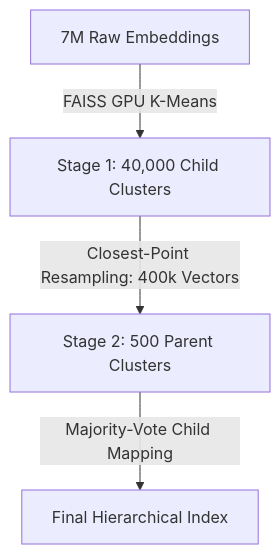
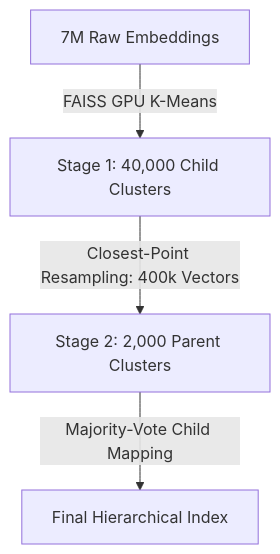
Before and after one commit to ananthu-aniraj/geo-rag: the diagram in docs/blueprints/representation_clustering_blueprint.md, drawn with Mermaid. The commit also changed other lines of this file and 1 other file, not shown here.

Commit message:
update clustering docs and blueprint to reflect k // 20 parent ratio

````diff
--- a/docs/blueprints/representation_clustering_blueprint.md
+++ b/docs/blueprints/representation_clustering_blueprint.md
@@ -17,6 +17,6 @@
 ```mermaid
 graph TD
     A[ 7M Raw Embeddings ] -->|FAISS GPU K-Means| B[ Stage 1: 40,000 Child Clusters ]
-    B -->|Closest-Point Resampling: 400k Vectors| C[ Stage 2: 500 Parent Clusters ]
+    B -->|Closest-Point Resampling: 400k Vectors| C[ Stage 2: 2,000 Parent Clusters ]
     C -->|Majority-Vote Child Mapping| D[ Final Hierarchical Index ]
 ```
````
